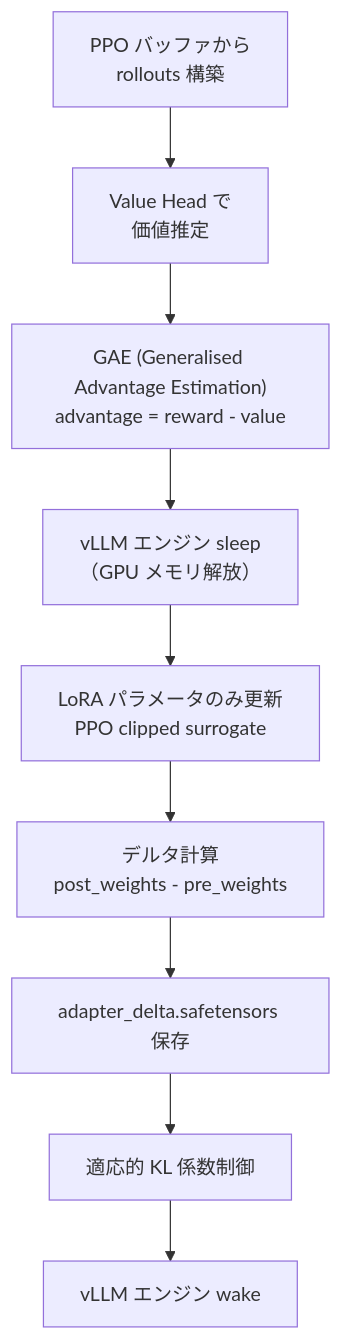
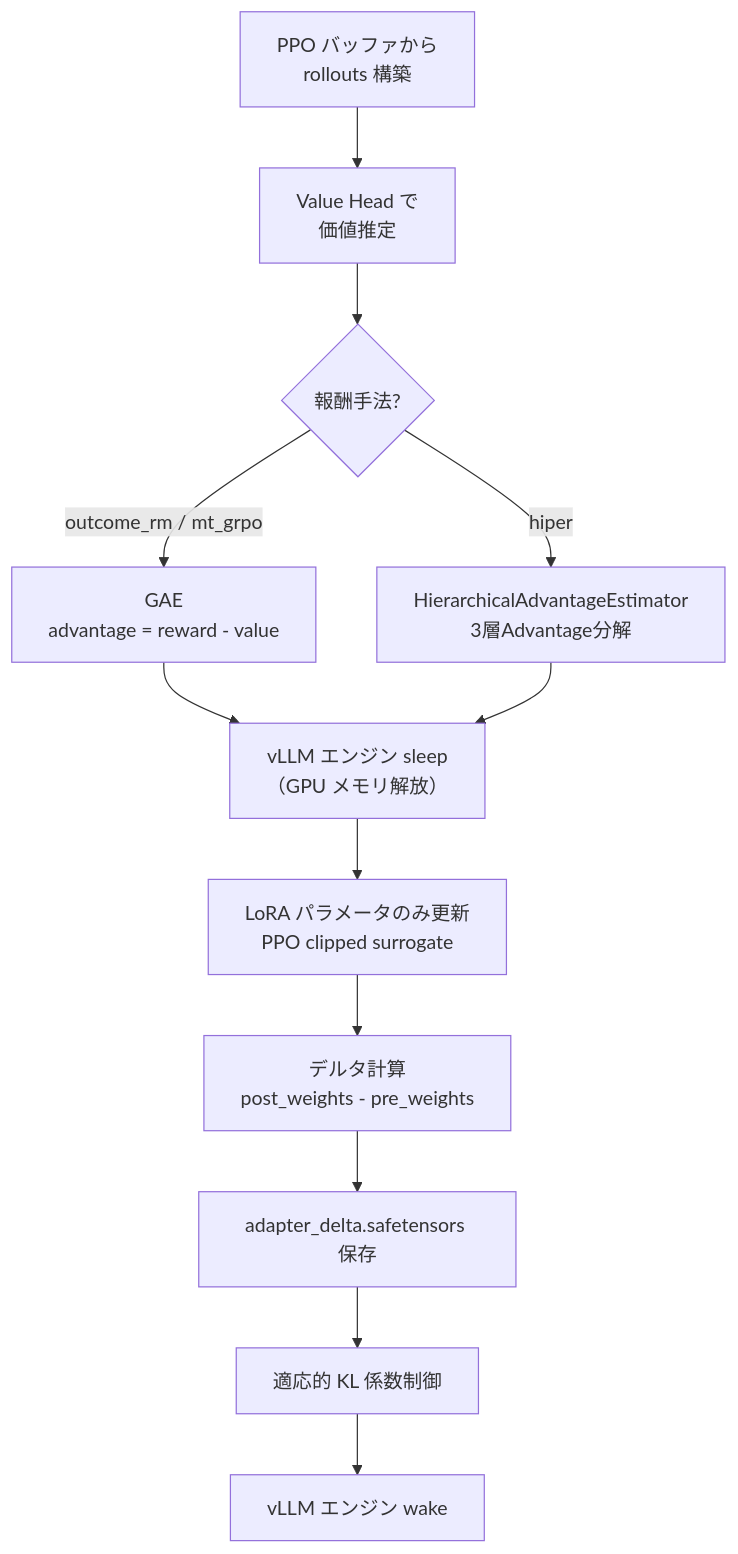
One commit to kotama7/SERA changed the eighth of 13 diagrams in docs/workflow.md. Above: the diagram before and after it, drawn with Mermaid. The commit also changed other lines of this file and 49 other files, not shown here.

````diff
--- a/docs/workflow.md
+++ b/docs/workflow.md
@@ -450,11 +481,14 @@
 ```mermaid
 flowchart TD
     A["PPO バッファから<br/>rollouts 構築"] --> B["Value Head で<br/>価値推定"]
-    B --> C["GAE (Generalised Advantage Estimation)<br/>advantage = reward - value"]
-    C --> D["vLLM エンジン sleep<br/>（GPU メモリ解放）"]
-    D --> E["LoRA パラメータのみ更新<br/>PPO clipped surrogate"]
-    E --> F["デルタ計算<br/>post_weights - pre_weights"]
-    F --> G["adapter_delta.safetensors 保存"]
-    G --> H["適応的 KL 係数制御"]
-    H --> I["vLLM エンジン wake"]
+    B --> C{報酬手法?}
+    C -->|outcome_rm / mt_grpo| D["GAE<br/>advantage = reward - value"]
+    C -->|hiper| E["HierarchicalAdvantageEstimator<br/>3層Advantage分解"]
+    D --> F["vLLM エンジン sleep<br/>（GPU メモリ解放）"]
+    E --> F
+    F --> G["LoRA パラメータのみ更新<br/>PPO clipped surrogate"]
+    G --> H["デルタ計算<br/>post_weights - pre_weights"]
+    H --> I["adapter_delta.safetensors 保存"]
+    I --> J["適応的 KL 係数制御"]
+    J --> K["vLLM エンジン wake"]
 ```
````
